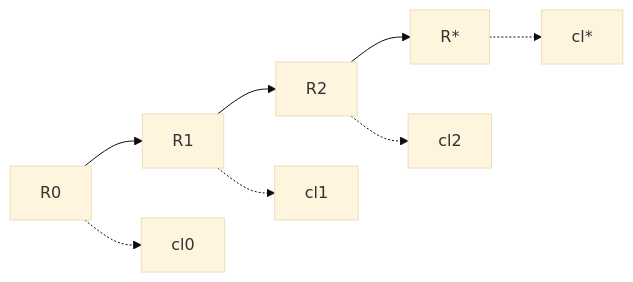
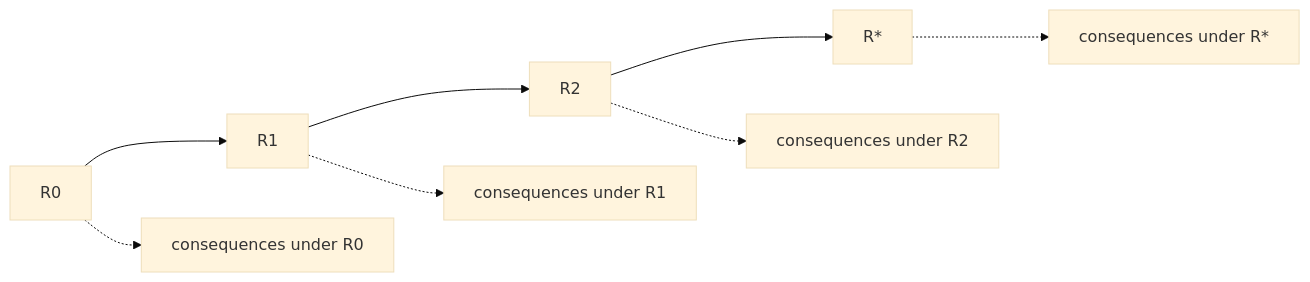
The fifth of 14 diagrams in miniARC/generalization_as_inductive_structure.md (cristianoc/arc-challenge), drawn with Mermaid (base theme) before and after one commit. The commit also changed other lines of this file, not shown here.

````diff
--- a/miniARC/generalization_as_inductive_structure.md
+++ b/miniARC/generalization_as_inductive_structure.md
@@ -127,8 +149,8 @@
 ```mermaid
 flowchart LR
     R0["R0"] --> R1["R1"] --> R2["R2"] --> RS["R*"]
-    R0 -.-> C0["cl0"]
-    R1 -.-> C1["cl1"]
-    R2 -.-> C2["cl2"]
-    RS -.-> CS["cl*"]
+    R0 -.-> C0["consequences under R0"]
+    R1 -.-> C1["consequences under R1"]
+    R2 -.-> C2["consequences under R2"]
+    RS -.-> CS["consequences under R*"]
 ```
````
